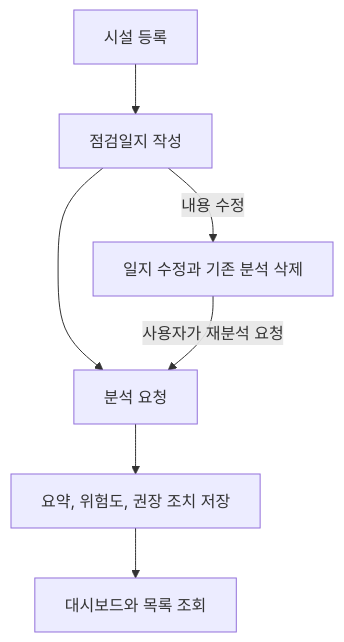
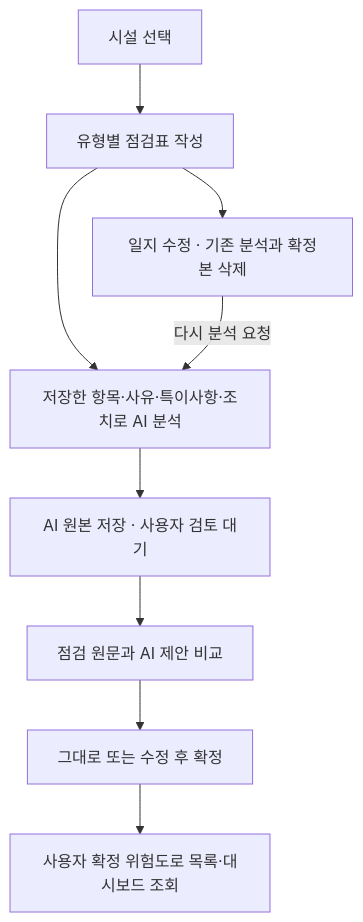
Before and after one commit to kjune922/WaterAPI: the diagram in README.md, drawn with Mermaid. The commit also changed other lines of this file and 3 other files, not shown here.

````diff
--- a/README.md
+++ b/README.md
@@ -9,9 +9,11 @@
 ```mermaid
 flowchart TD
-    A["시설 등록"] --> B["점검일지 작성"]
-    B --> C["분석 요청"]
-    C --> D["요약, 위험도, 권장 조치 저장"]
-    D --> E["대시보드와 목록 조회"]
-    B -- "내용 수정" --> F["일지 수정과 기존 분석 삭제"]
-    F -- "사용자가 재분석 요청" --> C
+    A["시설 선택"] --> B["유형별 점검표 작성"]
+    B --> C["저장한 항목·사유·특이사항·조치로 AI 분석"]
+    C --> D["AI 원본 저장 · 사용자 검토 대기"]
+    D --> E["점검 원문과 AI 제안 비교"]
+    E --> F["그대로 또는 수정 후 확정"]
+    F --> G["사용자 확정 위험도로 목록·대시보드 조회"]
+    B --> H["일지 수정 · 기존 분석과 확정본 삭제"]
+    H -- "다시 분석 요청" --> C
 ```
````
